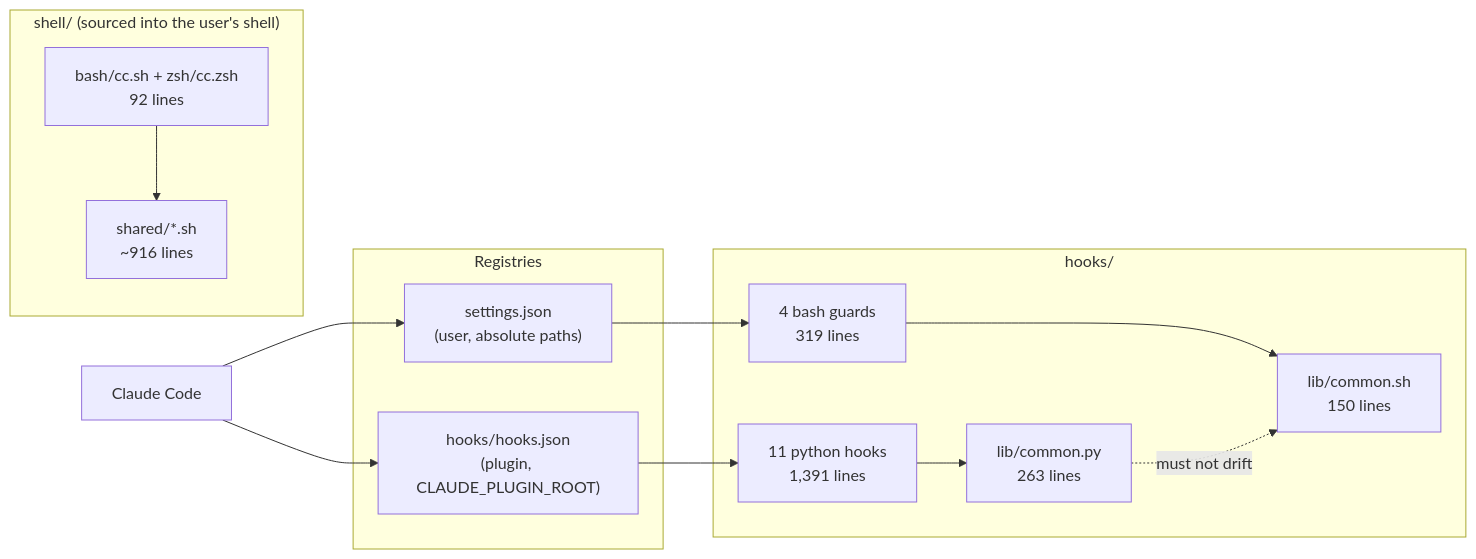
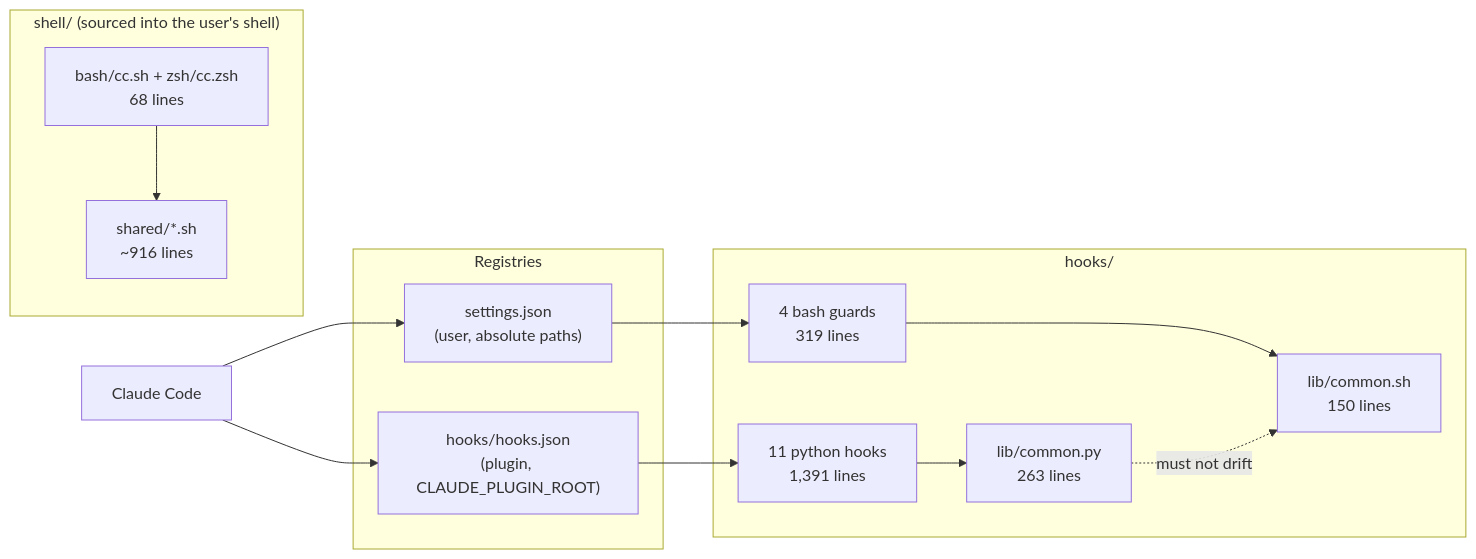
One commit to pragmatic-engineer/playbook changed the first of 3 diagrams in docs/adr/0007-rust-binary-for-hooks-and-launcher.md. Above: the diagram before and after it, drawn with Mermaid. The commit also changed other lines of this file and 5 other files, not shown here.

````diff
--- a/docs/adr/0007-rust-binary-for-hooks-and-launcher.md
+++ b/docs/adr/0007-rust-binary-for-hooks-and-launcher.md
@@ -216,26 +216,26 @@
 ```mermaid
 flowchart LR
   CC[Claude Code]
 
   subgraph Registries
     HJ["hooks/hooks.json<br/>(plugin, CLAUDE_PLUGIN_ROOT)"]
     SS["settings.json<br/>(user, absolute paths)"]
   end
 
   subgraph HooksDir["hooks/"]
     PY["11 python hooks<br/>1,391 lines"]
     GUARD["4 bash guards<br/>319 lines"]
     CPY["lib/common.py<br/>263 lines"]
     CSH["lib/common.sh<br/>150 lines"]
   end
 
   subgraph Launcher["shell/ (sourced into the user's shell)"]
     SHARED["shared/*.sh<br/>~916 lines"]
-    ENTRY["bash/cc.sh + zsh/cc.zsh<br/>92 lines"]
+    ENTRY["bash/cc.sh + zsh/cc.zsh<br/>68 lines"]
   end
 
   CC --> HJ --> PY --> CPY
   CC --> SS --> GUARD --> CSH
   CPY -. "must not drift" .-> CSH
   ENTRY --> SHARED
 ```
````
